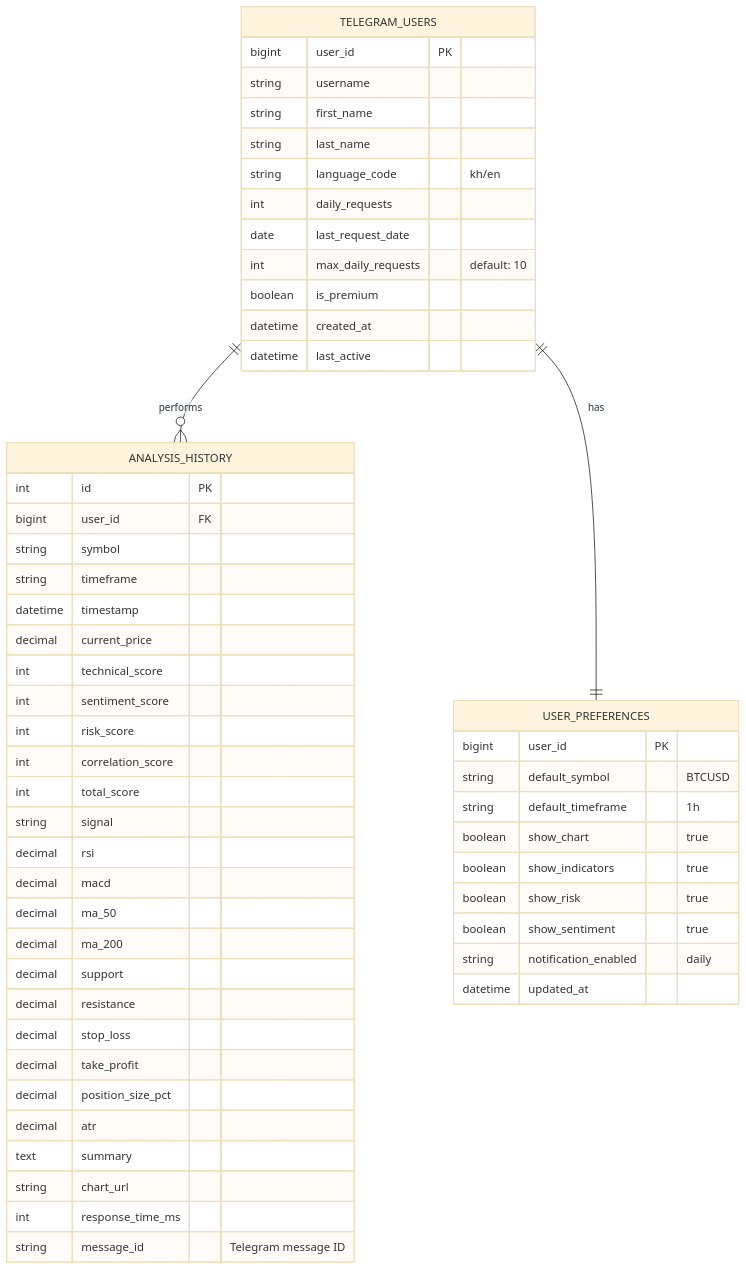
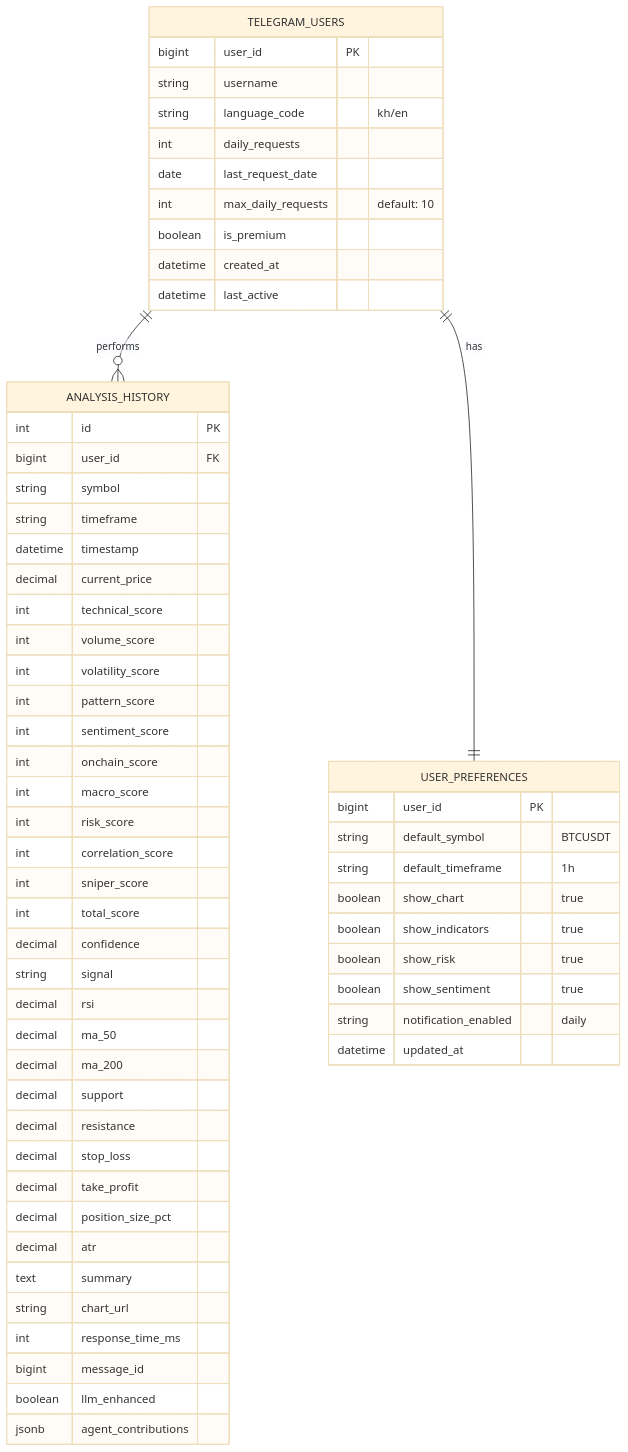
The fourth of 4 diagrams in README.md (Sultanrayan/pkay-ai-analysis), drawn with Mermaid (base theme) before and after one commit. The commit also changed other lines of this file and 2 other files, not shown here.

````diff
--- a/README.md
+++ b/README.md
@@ -212,60 +323,66 @@
 ```mermaid
 erDiagram
+    TELEGRAM_USERS ||--o{ ANALYSIS_HISTORY : performs
+    TELEGRAM_USERS ||--|| USER_PREFERENCES : has
+
     TELEGRAM_USERS {
         bigint user_id PK
         string username
-        string first_name
-        string last_name
         string language_code "kh/en"
         int daily_requests
         date last_request_date
         int max_daily_requests "default: 10"
         boolean is_premium
         datetime created_at
         datetime last_active
     }
-    
+
     ANALYSIS_HISTORY {
         int id PK
         bigint user_id FK
         string symbol
         string timeframe
         datetime timestamp
         decimal current_price
         int technical_score
+        int volume_score
+        int volatility_score
+        int pattern_score
         int sentiment_score
+        int onchain_score
+        int macro_score
         int risk_score
         int correlation_score
+        int sniper_score
         int total_score
+        decimal confidence
         string signal
         decimal rsi
-        decimal macd
         decimal ma_50
         decimal ma_200
         decimal support
         decimal resistance
         decimal stop_loss
         decimal take_profit
         decimal position_size_pct
         decimal atr
         text summary
         string chart_url
         int response_time_ms
-        string message_id "Telegram message ID"
+        bigint message_id
+        boolean llm_enhanced
+        jsonb agent_contributions
     }
-    
+
     USER_PREFERENCES {
         bigint user_id PK
-        string default_symbol "BTCUSD"
+        string default_symbol "BTCUSDT"
         string default_timeframe "1h"
         boolean show_chart "true"
         boolean show_indicators "true"
         boolean show_risk "true"
         boolean show_sentiment "true"
         string notification_enabled "daily"
         datetime updated_at
     }
-    
-    TELEGRAM_USERS ||--o{ ANALYSIS_HISTORY : performs
-    TELEGRAM_USERS ||--|| USER_PREFERENCES : has
 ```
````
